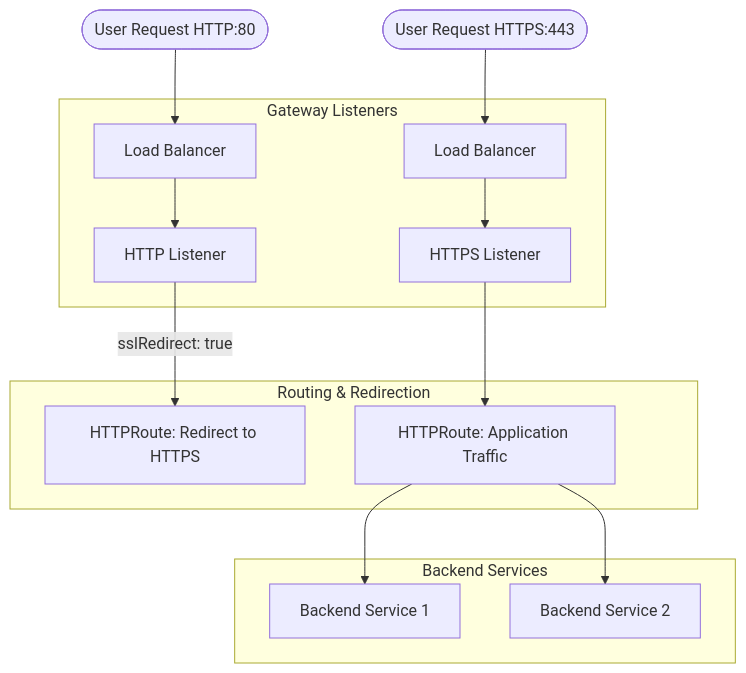
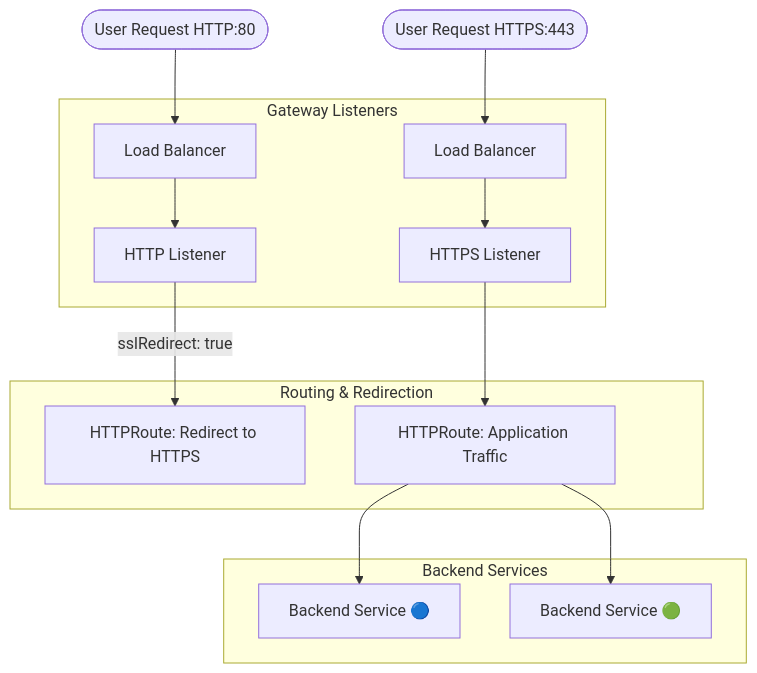
One commit to Rohit27305/helm-template changed the diagram in GATEWAY.md. Above: the diagram before and after it, drawn with Mermaid. The commit also changed other lines of this file and 10 other files, not shown here.

````diff
--- a/GATEWAY.md
+++ b/GATEWAY.md
@@ -75,20 +62,20 @@
 ```mermaid
 graph TD
     Client80([User Request HTTP:80]) --> LB80[Load Balancer]
     Client443([User Request HTTPS:443]) --> LB443[Load Balancer]
     
     subgraph "Gateway Listeners"
         LB80 --> ListenerHTTP[HTTP Listener]
         LB443 --> ListenerHTTPS[HTTPS Listener]
     end
     
     subgraph "Routing & Redirection"
         ListenerHTTP -- "sslRedirect: true" --> Redirect[HTTPRoute: Redirect to HTTPS]
         ListenerHTTPS --> RouteHTTPS[HTTPRoute: Application Traffic]
     end
     
     subgraph "Backend Services"
-        RouteHTTPS --> Svc1[Backend Service 1]
-        RouteHTTPS --> Svc2[Backend Service 2]
+        RouteHTTPS --> Svc1[Backend Service 🔵]
+        RouteHTTPS --> Svc2[Backend Service 🟢]
     end
 ```
````
